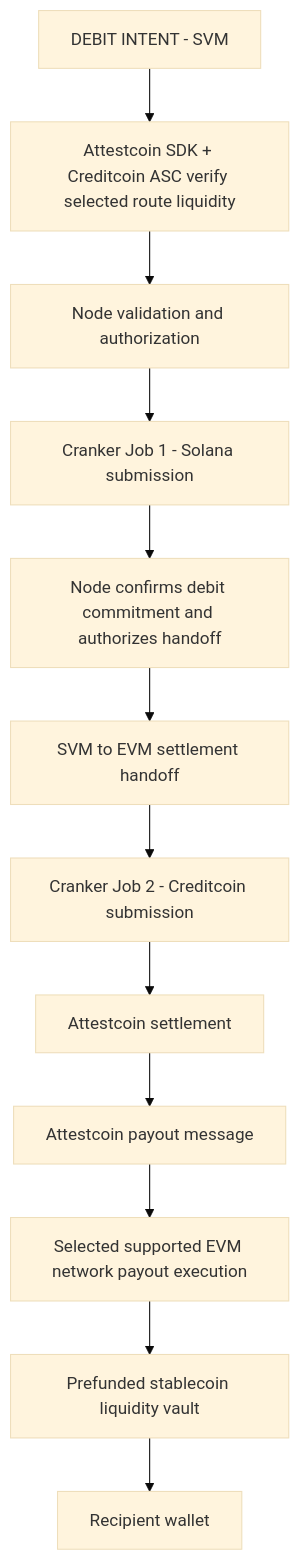
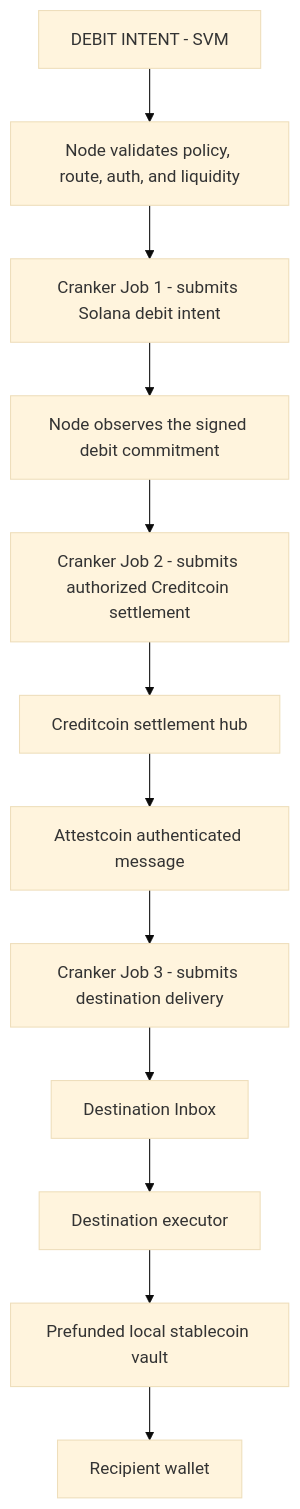
The diagram in tsn-crosschain/docs/architecture.md (Trustlink-Labs/TSN-Protocol), drawn with Mermaid (base theme) before and after one commit. The commit also changed other lines of this file and 31 other files, not shown here.

````diff
--- a/tsn-crosschain/docs/architecture.md
+++ b/tsn-crosschain/docs/architecture.md
@@ -10,14 +10,14 @@
 ```mermaid
 flowchart TD
-  Intent[DEBIT INTENT - SVM] --> Attest[Attestcoin SDK + Creditcoin ASC verify selected route liquidity]
-  Attest --> Node[Node validation and authorization]
-  Node --> SolCranker[Cranker Job 1 - Solana submission]
-  SolCranker --> CommitNode[Node confirms debit commitment and authorizes handoff]
-  CommitNode --> Handoff[SVM to EVM settlement handoff]
-  Handoff --> CcCranker[Cranker Job 2 - Creditcoin submission]
-  CcCranker --> Hub[Attestcoin settlement]
-  Hub --> Route[Attestcoin payout message]
-  Route --> Selected[Selected supported EVM network payout execution]
-  Selected --> Vault[Prefunded stablecoin liquidity vault]
+  Intent[DEBIT INTENT - SVM] --> Node[Node validates policy, route, auth, and liquidity]
+  Node --> SolCranker[Cranker Job 1 - submits Solana debit intent]
+  SolCranker --> Node2[Node observes the signed debit commitment]
+  Node2 --> CcCranker[Cranker Job 2 - submits authorized Creditcoin settlement]
+  CcCranker --> Hub[Creditcoin settlement hub]
+  Hub --> Attest[Attestcoin authenticated message]
+  Attest --> DestCranker[Cranker Job 3 - submits destination delivery]
+  DestCranker --> Inbox[Destination Inbox]
+  Inbox --> Executor[Destination executor]
+  Executor --> Vault[Prefunded local stablecoin vault]
   Vault --> Recipient[Recipient wallet]
 ```
````
